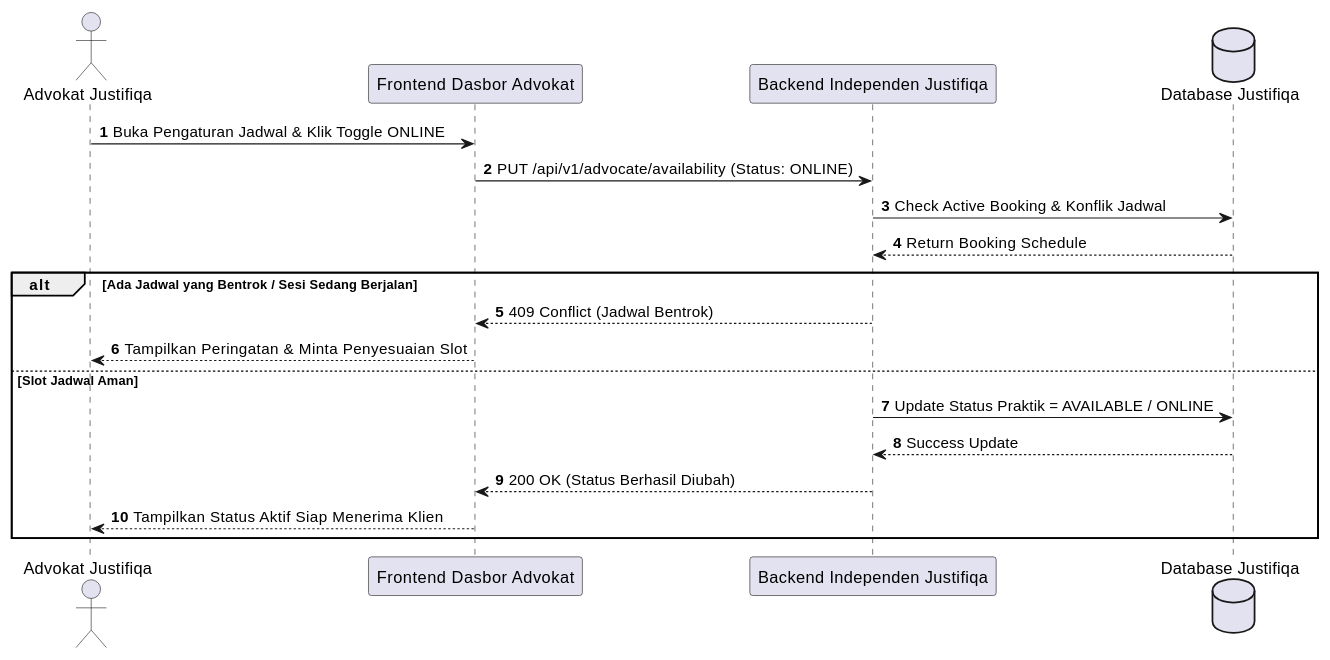
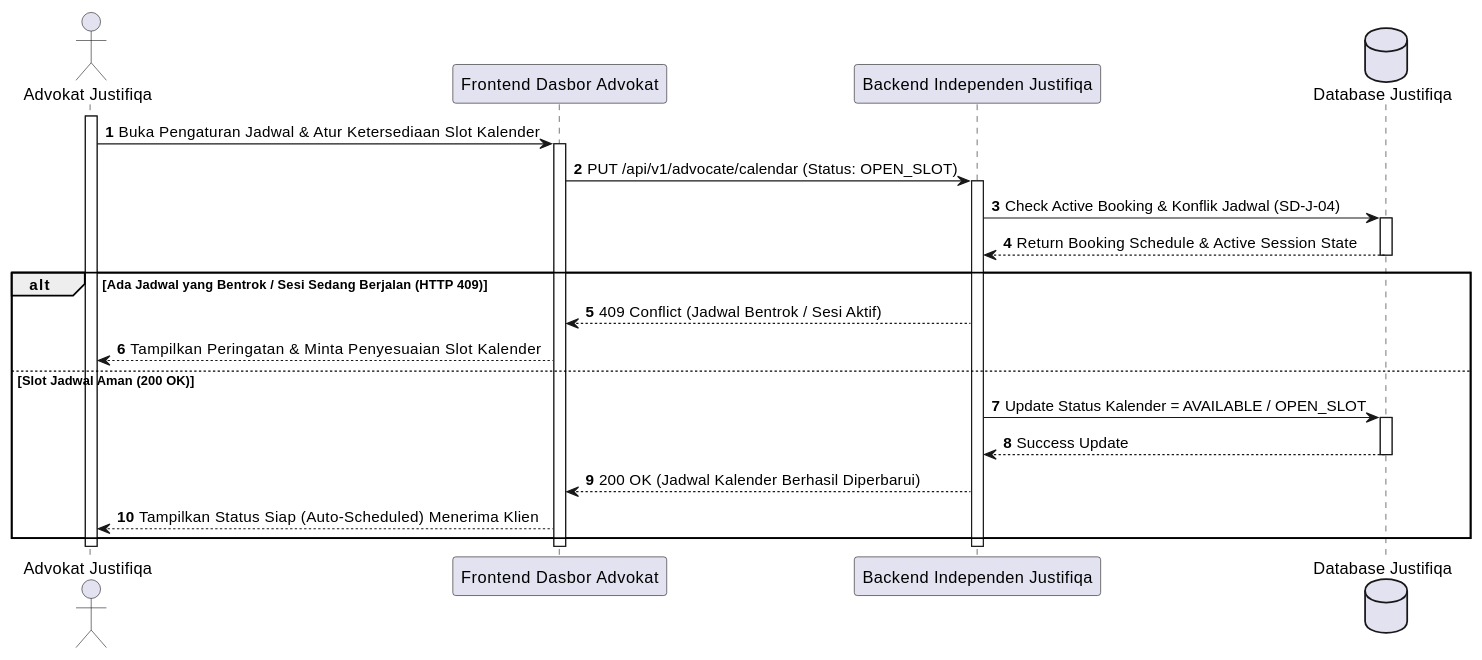
One commit to tupperwureism/SuperApp-Gagal changed the fourth of 27 diagrams in MarkDown/plantuml_sequence_diagrams.md. Above: the diagram before and after it, drawn with PlantUML. The commit also changed other lines of this file and 1 other file, not shown here.

Commit message:
docs(uml): enforce strict UML activation bars, API/DB return arrows, and alt security boundaries for SD Justifiqa & Qualifa

````diff
--- a/MarkDown/plantuml_sequence_diagrams.md
+++ b/MarkDown/plantuml_sequence_diagrams.md
@@ -158,25 +190,29 @@
 ```plantuml
 @startuml
 autonumber
 actor "Advokat Justifiqa" as Mitra
 participant "Frontend Dasbor Advokat" as FE
 participant "Backend Independen Justifiqa" as BE
 database "Database Justifiqa" as DB
 
-Mitra -> FE : Buka Pengaturan Jadwal & Klik Toggle ONLINE
-FE -> BE : PUT /api/v1/advocate/availability (Status: ONLINE)
+activate Mitra
+Mitra -> FE ++ : Buka Pengaturan Jadwal & Atur Ketersediaan Slot Kalender
+FE -> BE ++ : PUT /api/v1/advocate/calendar (Status: OPEN_SLOT)
 
-BE -> DB : Check Active Booking & Konflik Jadwal
-DB --> BE : Return Booking Schedule
+BE -> DB ++ : Check Active Booking & Konflik Jadwal (SD-J-04)
+DB --> BE -- : Return Booking Schedule & Active Session State
 
-alt Ada Jadwal yang Bentrok / Sesi Sedang Berjalan
-    BE --> FE : 409 Conflict (Jadwal Bentrok)
-    FE --> Mitra : Tampilkan Peringatan & Minta Penyesuaian Slot
-else Slot Jadwal Aman
-    BE -> DB : Update Status Praktik = AVAILABLE / ONLINE
-    DB --> BE : Success Update
-    BE --> FE : 200 OK (Status Berhasil Diubah)
-    FE --> Mitra : Tampilkan Status Aktif Siap Menerima Klien
+alt Ada Jadwal yang Bentrok / Sesi Sedang Berjalan (HTTP 409)
+    BE --> FE : 409 Conflict (Jadwal Bentrok / Sesi Aktif)
+    FE --> Mitra : Tampilkan Peringatan & Minta Penyesuaian Slot Kalender
+else Slot Jadwal Aman (200 OK)
+    BE -> DB ++ : Update Status Kalender = AVAILABLE / OPEN_SLOT
+    DB --> BE -- : Success Update
+    BE --> FE : 200 OK (Jadwal Kalender Berhasil Diperbarui)
+    FE --> Mitra : Tampilkan Status Siap (Auto-Scheduled) Menerima Klien
 end
+deactivate BE
+deactivate FE
+deactivate Mitra
 @enduml
 ```
````
